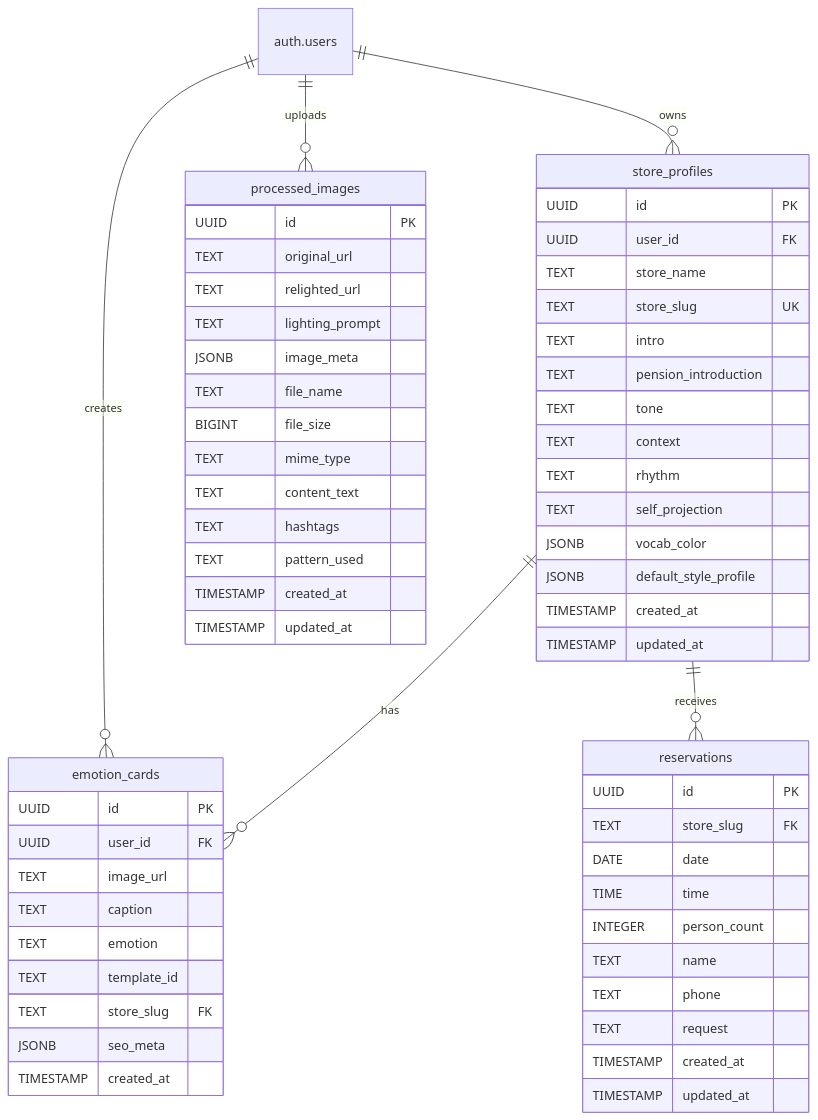
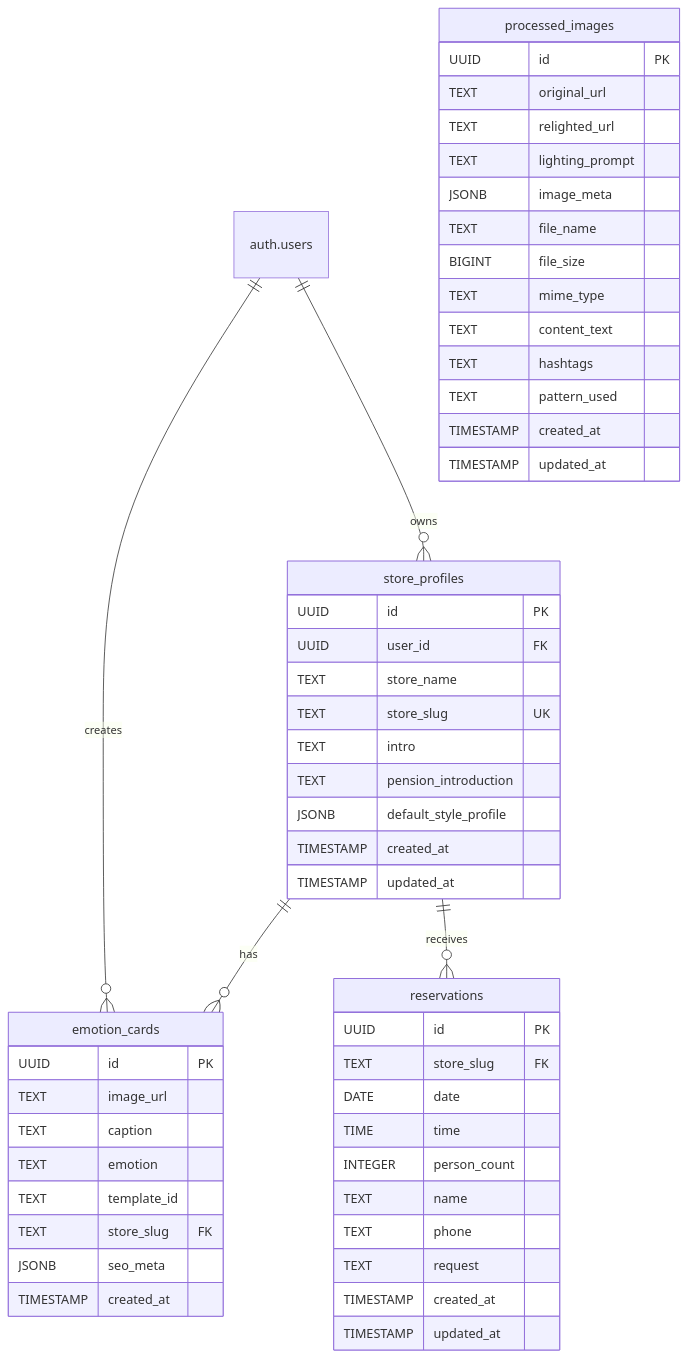
Before and after one commit to psb1792/StayPost: the diagram in docs/DATABASE_SCHEMA.md, drawn with Mermaid. The commit also changed other lines of this file and 8 other files, not shown here.

````diff
--- a/docs/DATABASE_SCHEMA.md
+++ b/docs/DATABASE_SCHEMA.md
@@ -40,66 +40,59 @@
 ```mermaid
 erDiagram
     auth.users ||--o{ store_profiles : "owns"
     auth.users ||--o{ emotion_cards : "creates"
-    auth.users ||--o{ processed_images : "uploads"
     store_profiles ||--o{ emotion_cards : "has"
     store_profiles ||--o{ reservations : "receives"
     
     store_profiles {
         UUID id PK
         UUID user_id FK
         TEXT store_name
         TEXT store_slug UK
         TEXT intro
         TEXT pension_introduction
-        TEXT tone
-        TEXT context
-        TEXT rhythm
-        TEXT self_projection
-        JSONB vocab_color
         JSONB default_style_profile
         TIMESTAMP created_at
         TIMESTAMP updated_at
     }
     
     emotion_cards {
         UUID id PK
-        UUID user_id FK
         TEXT image_url
         TEXT caption
         TEXT emotion
         TEXT template_id
         TEXT store_slug FK
         JSONB seo_meta
         TIMESTAMP created_at
     }
     
     processed_images {
         UUID id PK
         TEXT original_url
         TEXT relighted_url
         TEXT lighting_prompt
         JSONB image_meta
         TEXT file_name
         BIGINT file_size
         TEXT mime_type
         TEXT content_text
         TEXT hashtags
         TEXT pattern_used
         TIMESTAMP created_at
         TIMESTAMP updated_at
     }
     
     reservations {
         UUID id PK
         TEXT store_slug FK
         DATE date
         TIME time
         INTEGER person_count
         TEXT name
         TEXT phone
         TEXT request
         TIMESTAMP created_at
         TIMESTAMP updated_at
     }
 ```
````
